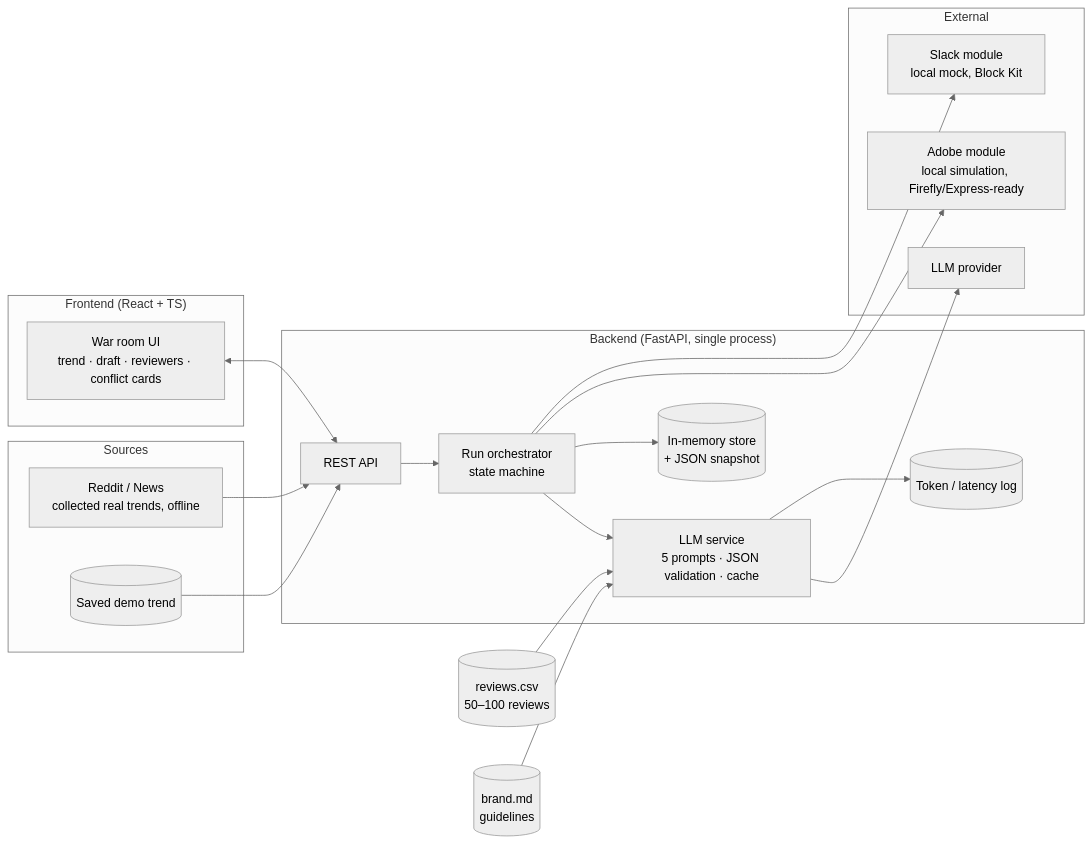
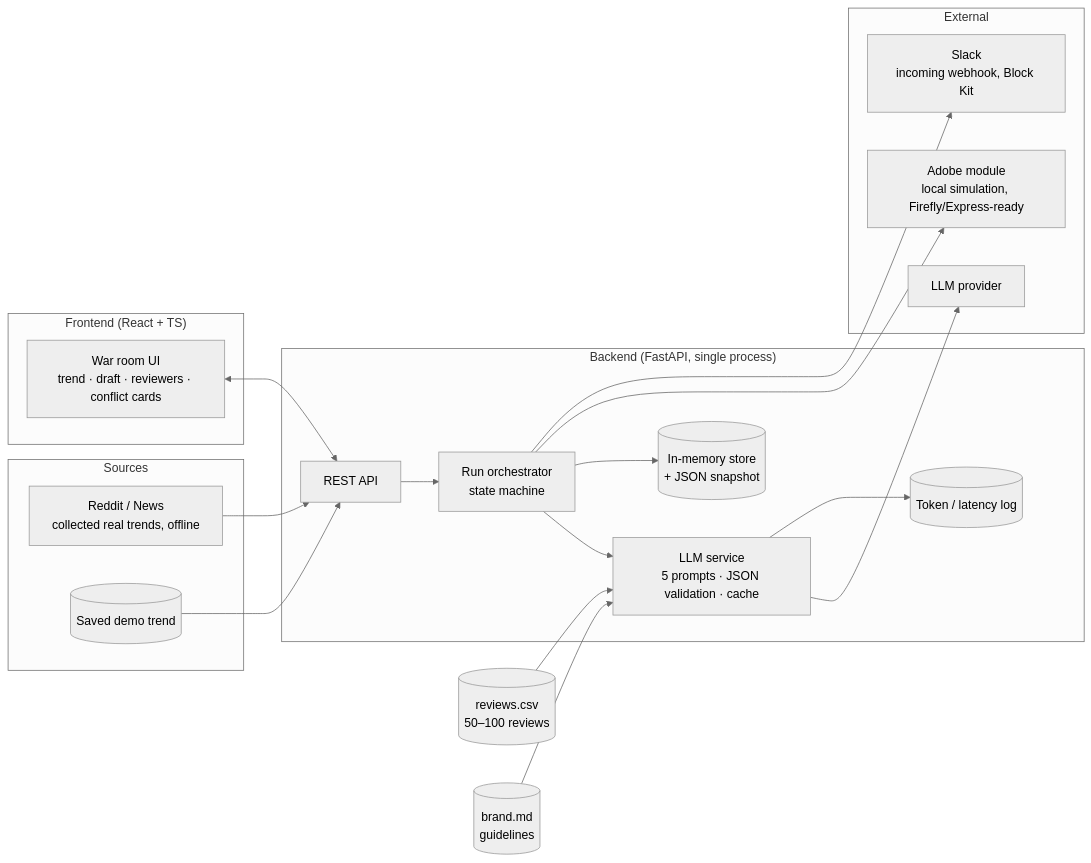
The first of 3 diagrams in ARCHITECTURE.md (stefan04com/AIdePLM), drawn with Mermaid (neutral theme) before and after one commit. The commit also changed other lines of this file and 5 other files, not shown here.

````diff
--- a/ARCHITECTURE.md
+++ b/ARCHITECTURE.md
@@ -27,41 +27,41 @@
 ```mermaid
 flowchart LR
     subgraph Sources
         R["Reddit / News<br/>collected real trends, offline"]
         S[(Saved demo trend)]
     end
 
     subgraph Frontend["Frontend (React + TS)"]
         UI[War room UI<br/>trend · draft · reviewers · conflict cards]
     end
 
     subgraph Backend["Backend (FastAPI, single process)"]
         API[REST API]
         ORCH[Run orchestrator<br/>state machine]
         LLM[LLM service<br/>5 prompts · JSON validation · cache]
         STORE[(In-memory store<br/>+ JSON snapshot)]
         LOG[(Token / latency log)]
     end
 
     subgraph External
         MODEL[LLM provider]
         AD["Adobe module<br/>local simulation, Firefly/Express-ready"]
-        SL["Slack module<br/>local mock, Block Kit"]
+        SL["Slack<br/>incoming webhook, Block Kit"]
     end
 
     CSV[(reviews.csv<br/>50–100 reviews)]
     BRAND[(brand.md<br/>guidelines)]
 
     R --> API
     S --> API
     UI <--> API
     API --> ORCH
     ORCH --> LLM
     LLM --> MODEL
     LLM --> LOG
     ORCH --> STORE
     ORCH --> AD
     ORCH --> SL
     CSV --> LLM
     BRAND --> LLM
 ```
````
